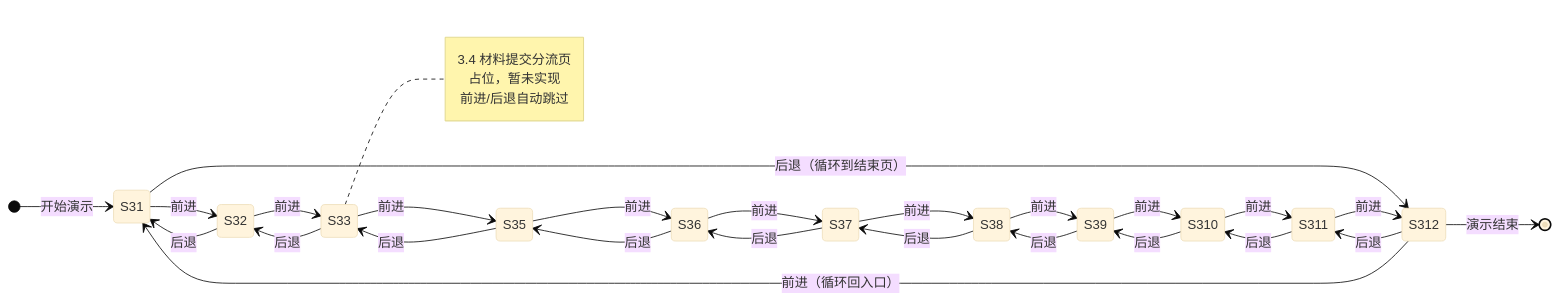
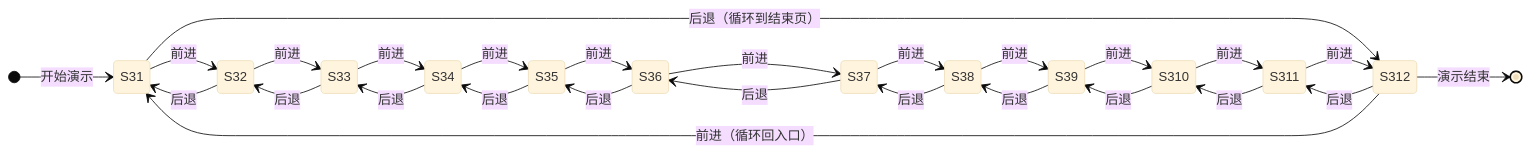
One commit to en175/New-case-filing-procedure changed the diagram in AgentDoc/PPT演示重构文档.md. Above: the diagram before and after it, drawn with Mermaid (base theme). The commit also changed other lines of this file and 4 other files, not shown here.

````diff
--- a/AgentDoc/PPT演示重构文档.md
+++ b/AgentDoc/PPT演示重构文档.md
@@ -29,46 +29,43 @@
 ```mermaid
 stateDiagram-v2
     direction LR
 
     [*] --> S31: 开始演示
 
     S31 --> S32: 前进
     S32 --> S31: 后退
     S31 --> S312: 后退（循环到结束页）
 
     S32 --> S33: 前进
     S33 --> S32: 后退
 
-    S33 --> S35: 前进
-    S35 --> S33: 后退
+    S33 --> S34: 前进
+    S34 --> S33: 后退
 
-    note right of S33
-        3.4 材料提交分流页
-        占位，暂未实现
-        前进/后退自动跳过
-    end note
+    S34 --> S35: 前进
+    S35 --> S34: 后退
 
     S35 --> S36: 前进
     S36 --> S35: 后退
 
     S36 --> S37: 前进
     S37 --> S36: 后退
 
     S37 --> S38: 前进
     S38 --> S37: 后退
 
     S38 --> S39: 前进
     S39 --> S38: 后退
 
     S39 --> S310: 前进
     S310 --> S39: 后退
 
     S310 --> S311: 前进
     S311 --> S310: 后退
 
     S311 --> S312: 前进
     S312 --> S311: 后退
     S312 --> S31: 前进（循环回入口）
 
     S312 --> [*]: 演示结束
 ```
````
